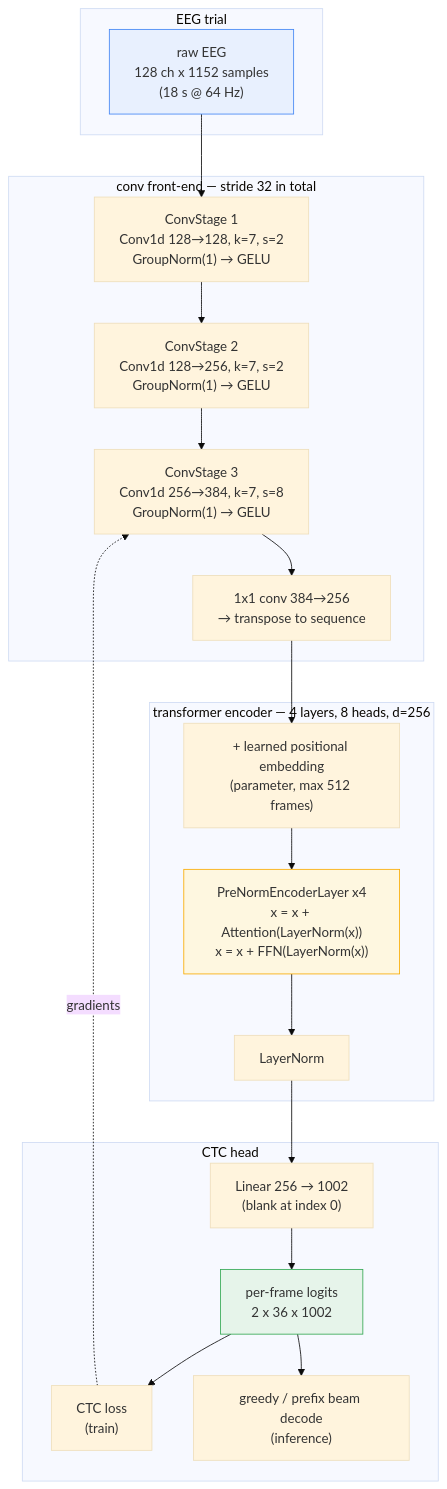
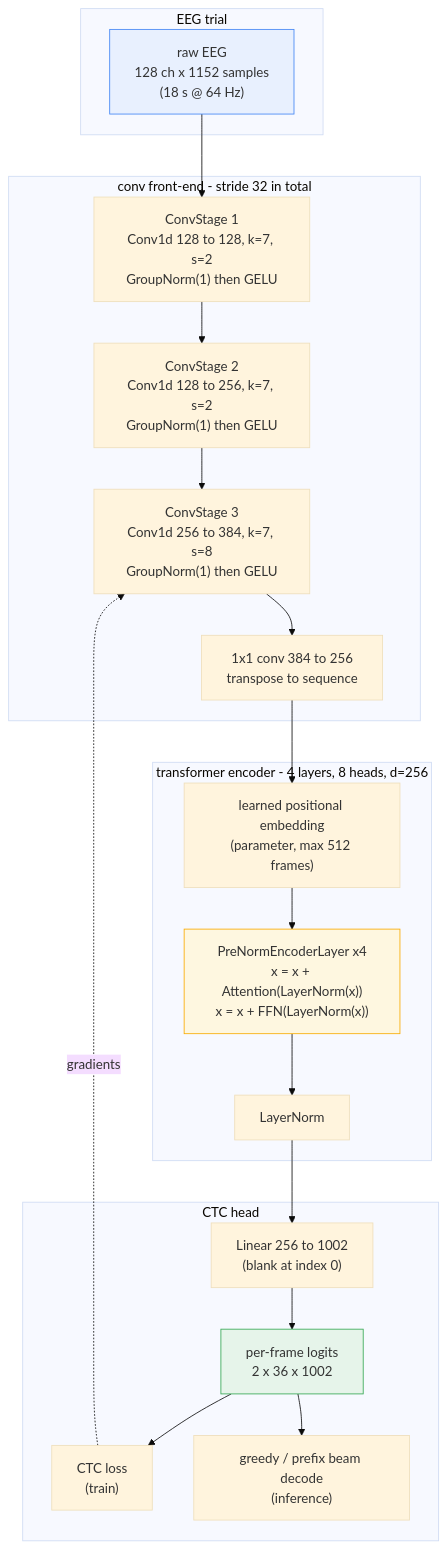
The diagram in README.md (fufurobot/bci-eeg-to-text), drawn with Mermaid (base theme) before and after one commit.

````diff
--- a/README.md
+++ b/README.md
@@ -547,35 +547,35 @@
 ```mermaid
 flowchart TD
-    subgraph IN["EEG trial"]
+    subgraph EEG["EEG trial"]
         A["raw EEG<br/>128 ch x 1152 samples<br/>(18 s @ 64 Hz)"]
     end
 
-    subgraph CONV["conv front-end — stride 32 in total"]
-        B["ConvStage 1<br/>Conv1d 128→128, k=7, s=2<br/>GroupNorm(1) → GELU"]
-        C["ConvStage 2<br/>Conv1d 128→256, k=7, s=2<br/>GroupNorm(1) → GELU"]
-        D["ConvStage 3<br/>Conv1d 256→384, k=7, s=8<br/>GroupNorm(1) → GELU"]
-        E["1x1 conv 384→256<br/>→ transpose to sequence"]
+    subgraph CONV["conv front-end - stride 32 in total"]
+        B["ConvStage 1<br/>Conv1d 128 to 128, k=7, s=2<br/>GroupNorm(1) then GELU"]
+        C["ConvStage 2<br/>Conv1d 128 to 256, k=7, s=2<br/>GroupNorm(1) then GELU"]
+        D["ConvStage 3<br/>Conv1d 256 to 384, k=7, s=8<br/>GroupNorm(1) then GELU"]
+        E["1x1 conv 384 to 256<br/>transpose to sequence"]
     end
 
-    subgraph ENC["transformer encoder — 4 layers, 8 heads, d=256"]
-        F["+ learned positional embedding<br/>(parameter, max 512 frames)"]
+    subgraph ENC["transformer encoder - 4 layers, 8 heads, d=256"]
+        F["learned positional embedding<br/>(parameter, max 512 frames)"]
         G["PreNormEncoderLayer x4<br/>x = x + Attention(LayerNorm(x))<br/>x = x + FFN(LayerNorm(x))"]
         H["LayerNorm"]
     end
 
-    subgraph HEAD["CTC head"]
-        I["Linear 256 → 1002<br/>(blank at index 0)"]
+    subgraph CTCHEAD["CTC head"]
+        I["Linear 256 to 1002<br/>(blank at index 0)"]
         J["per-frame logits<br/>2 x 36 x 1002"]
         K["CTC loss<br/>(train)"]
         L["greedy / prefix beam decode<br/>(inference)"]
     end
 
     A --> B --> C --> D --> E --> F --> G --> H --> I --> J
     J --> K
     J --> L
-    K -.->|"gradients"| D
+    K -.->|gradients| D
 
     style A fill:#e8f0fe,stroke:#4285f4
     style G fill:#fef7e0,stroke:#f9ab00
     style J fill:#e6f4ea,stroke:#34a853
 ```
````
